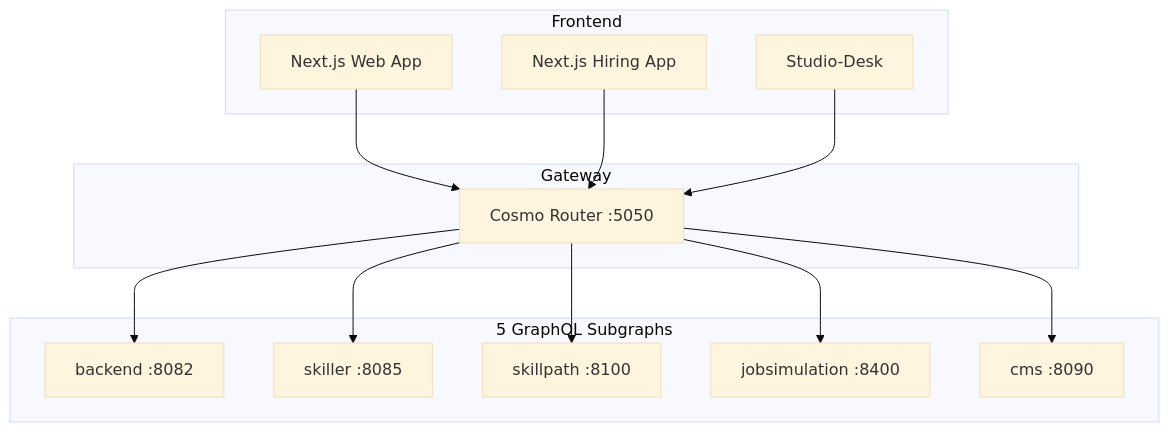
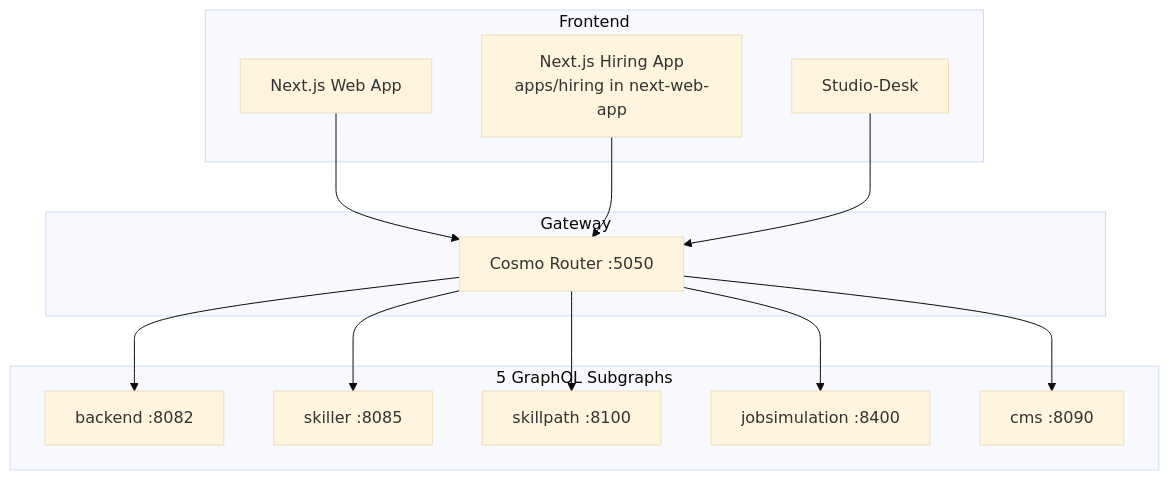
One commit to anthropos-work/rosetta changed the third of 3 diagrams in corpus/architecture/external_services.md. Above: the diagram before and after it, drawn with Mermaid (base theme). The commit also changed other lines of this file and 2 other files, not shown here.

First line of the commit message:
docs(clerk): address review findings — org_role form + per-app precision

````diff
--- a/corpus/architecture/external_services.md
+++ b/corpus/architecture/external_services.md
@@ -313,29 +313,29 @@
 ```mermaid
 graph TB
     subgraph Frontend
         Web[Next.js Web App]
-        Hiring[Next.js Hiring App]
+        Hiring[Next.js Hiring App<br/>apps/hiring in next-web-app]
         Desk[Studio-Desk]
     end
 
     subgraph Gateway
         WG[Cosmo Router :5050]
     end
 
     subgraph Subgraphs[5 GraphQL Subgraphs]
         Backend[backend :8082]
         Skiller[skiller :8085]
         Skillpath[skillpath :8100]
         Jobsim[jobsimulation :8400]
         CMS[cms :8090]
     end
 
     Web --> WG
     Hiring --> WG
     Desk --> WG
     WG --> Backend
     WG --> Skiller
     WG --> Skillpath
     WG --> Jobsim
     WG --> CMS
 ```
````
